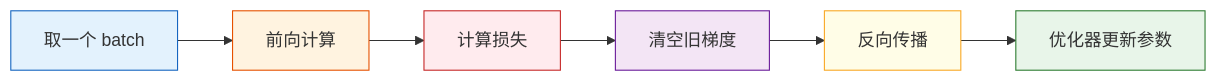
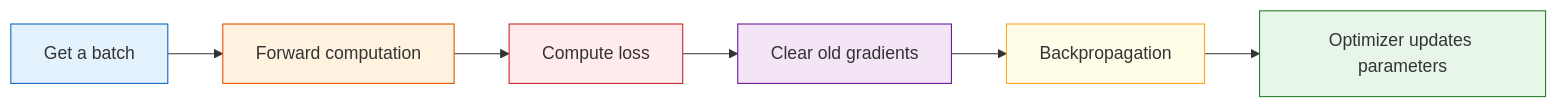
One commit to oudbiao/AI-fullstack-course changed the second of 2 diagrams in docs/ch06-deep-learning/ch02-pytorch/05-training-loop.md. Above: the diagram before and after it, drawn with Mermaid. The commit also changed other lines of this file and 1406 other files, not shown here.

````diff
--- a/docs/ch06-deep-learning/ch02-pytorch/05-training-loop.md
+++ b/docs/ch06-deep-learning/ch02-pytorch/05-training-loop.md
@@ -64,15 +64,15 @@
 ```mermaid
 flowchart LR
-    A["取一个 batch"] --> B["前向计算"]
-    B --> C["计算损失"]
-    C --> D["清空旧梯度"]
-    D --> E["反向传播"]
-    E --> F["优化器更新参数"]
+    A["Get a batch"] --> B["Forward computation"]
+    B --> C["Compute loss"]
+    C --> D["Clear old gradients"]
+    D --> E["Backpropagation"]
+    E --> F["Optimizer updates parameters"]
 
     style A fill:#e3f2fd,stroke:#1565c0,color:#333
     style B fill:#fff3e0,stroke:#e65100,color:#333
     style C fill:#ffebee,stroke:#c62828,color:#333
     style D fill:#f3e5f5,stroke:#6a1b9a,color:#333
     style E fill:#fffde7,stroke:#f9a825,color:#333
     style F fill:#e8f5e9,stroke:#2e7d32,color:#333
 ```
````
